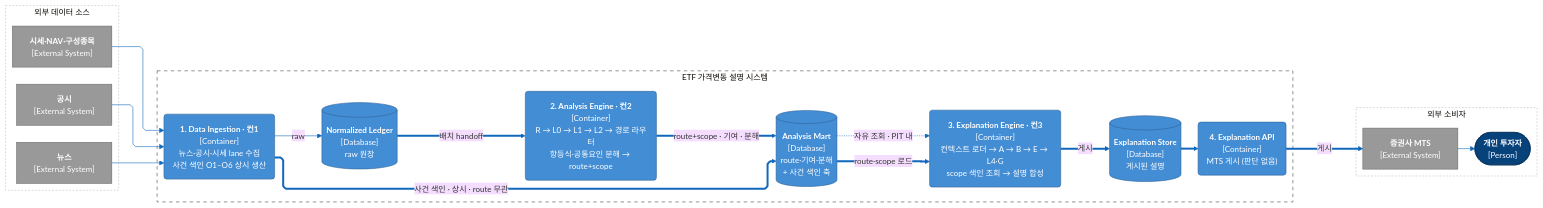
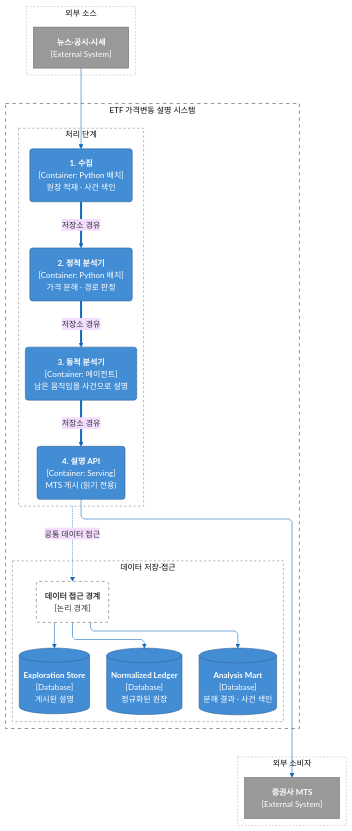
One commit to alphaeveryday/edge changed the second of 7 diagrams in src/apps/analysis-engine/docs/baseline/analysis-engine-design.md. Above: the diagram before and after it, drawn with Mermaid. The commit also changed other lines of this file and 14 other files, not shown here.

First line of the commit message:
wip(docs): analysis-engine 문서 재구성 (경로 이관 전 스냅샷)

````diff
--- a/src/apps/analysis-engine/docs/baseline/analysis-engine-design.md
+++ b/src/apps/analysis-engine/docs/baseline/analysis-engine-design.md
@@ -99,58 +75,43 @@
 ```mermaid
-%%{init: {
-  "flowchart": { "defaultRenderer": "elk", "curve": "linear" },
-  "theme": "base",
-  "themeVariables": { "lineColor": "#1168bd", "textColor": "#333333", "fontSize": "14px" },
-  "elk": {
-    "edgeRouting": "ORTHOGONAL",
-    "nodePlacementStrategy": "BRANDES_KOEPF",
-    "mergeEdges": false,
-    "ranksep": 70,
-    "nodeSpacing": 50
-  }
-}}%%
-flowchart LR
-    classDef person fill:#08427b,stroke:#052e56,color:#fff
+%%{init:{"flowchart":{"defaultRenderer":"elk","curve":"linear"},"theme":"base","themeVariables":{"lineColor":"#1168bd","textColor":"#333333","fontSize":"14px"},"elk":{"edgeRouting":"ORTHOGONAL","nodePlacementStrategy":"BRANDES_KOEPF","mergeEdges":false,"ranksep":90,"nodeSpacing":60}}}%%
+flowchart TB
+    accTitle: 컨테이너 뷰 (C4 L2)
+    accDescr: 수집·정적 분석기·동적 분석기·설명 API 네 컨테이너가 원장·분석 마트·탐색 저장소를 경유해 이어진다
     classDef external fill:#999,stroke:#6b6b6b,color:#fff
     classDef container fill:#438dd5,stroke:#2e6295,color:#fff
     classDef database fill:#438dd5,stroke:#2e6295,color:#fff
+    classDef boundaryEl fill:#fff,stroke:#666,color:#333,stroke-dasharray:5 5
 
-    subgraph INPUTS["외부 데이터 소스"]
-        NEWS["<b>뉴스</b><br/>[External System]"]:::external
-        DART["<b>공시</b><br/>[External System]"]:::external
-        MKT["<b>시세·NAV·구성종목</b><br/>[External System]"]:::external
+    subgraph INPUTS["외부 소스"]
+        SRC["<b>뉴스·공시·시세</b><br/>[External System]"]:::external
     end
-
     subgraph SYS["ETF 가격변동 설명 시스템"]
-        C1("<b>1. Data Ingestion · 컨1</b><br/>[Container]<br/>뉴스·공시·시세 lane 수집<br/>사건 색인 O1–O6 상시 생산"):::container
-        LEDGER[("<b>Normalized Ledger</b><br/>[Database]<br/>raw 원장")]:::database
-        C2("<b>2. Analysis Engine · 컨2</b><br/>[Container]<br/>R → L0 → L1 → L2 → 경로 라우터<br/>항등식·공통요인 분해 → route+scope"):::container
-        MART[("<b>Analysis Mart</b><br/>[Database]<br/>route·기여·분해<br/>+ 사건 색인 축")]:::database
-        C3("<b>3. Explanation Engine · 컨3</b><br/>[Container]<br/>컨텍스트 로더 → A → B → E → L4·G<br/>scope 색인 조회 → 설명 합성"):::container
-        STORE[("<b>Explanation Store</b><br/>[Database]<br/>게시된 설명")]:::database
-        API("<b>4. Explanation API</b><br/>[Container]<br/>MTS 게시 (판단 없음)"):::container
+        subgraph APP["처리 단계"]
+            INGEST("<b>1. 수집</b><br/>[Container: Python 배치]<br/>원장 적재 · 사건 색인"):::container
+            STATIC("<b>2. 정적 분석기</b><br/>[Container: Python 배치]<br/>가격 분해 · 경로 판정"):::container
+            DYN("<b>3. 동적 분석기</b><br/>[Container: 에이전트]<br/>남은 움직임을 사건으로 설명"):::container
+            API("<b>4. 설명 API</b><br/>[Container: Serving]<br/>MTS 게시 (읽기 전용)"):::container
+            INGEST ==>|"저장소 경유"| STATIC ==>|"저장소 경유"| DYN ==>|"저장소 경유"| API
+        end
+        subgraph DATA["데이터 저장·접근"]
+            DA("<b>데이터 접근 경계</b><br/>[논리 경계]"):::boundaryEl
+            LEDGER[("<b>Normalized Ledger</b><br/>[Database]<br/>정규화된 원장")]:::database
+            MART[("<b>Analysis Mart</b><br/>[Database]<br/>분해 결과 · 사건 색인")]:::database
+            STORE[("<b>Exploration Store</b><br/>[Database]<br/>게시된 설명")]:::database
+            DA --> LEDGER
+            DA --> MART
+            DA --> STORE
+        end
+        APP -.->|"공통 데이터 접근"| DA
     end
-
     subgraph OUTPUTS["외부 소비자"]
         MTS["<b>증권사 MTS</b><br/>[External System]"]:::external
-        INVESTOR(["<b>개인 투자자</b><br/>[Person]"]):::person
     end
-
-    NEWS --> C1
-    DART --> C1
-    MKT --> C1
-    C1 -->|"raw"| LEDGER
-    C1 ==>|"사건 색인 · 상시 · route 무관"| MART
-    LEDGER ==>|"배치 handoff"| C2
-    C2 ==>|"route+scope · 기여 · 분해"| MART
-    MART ==>|"route·scope 로드"| C3
-    MART -.->|"자유 조회 · PIT 내"| C3
-    C3 ==>|"게시"| STORE
-    STORE ==> API
-    API ==>|"게시"| MTS
-    MTS --> INVESTOR
-
+    SRC --> INGEST
+    API --> MTS
+    style SYS fill:none,stroke:#444,stroke-dasharray:6 6
+    style APP fill:none,stroke:#888,stroke-dasharray:4 4
+    style DATA fill:none,stroke:#888,stroke-dasharray:4 4
     style INPUTS fill:none,stroke:#bbb,stroke-dasharray:3 3
     style OUTPUTS fill:none,stroke:#bbb,stroke-dasharray:3 3
-    style SYS fill:none,stroke:#444,stroke-dasharray:6 6
 ```
````
